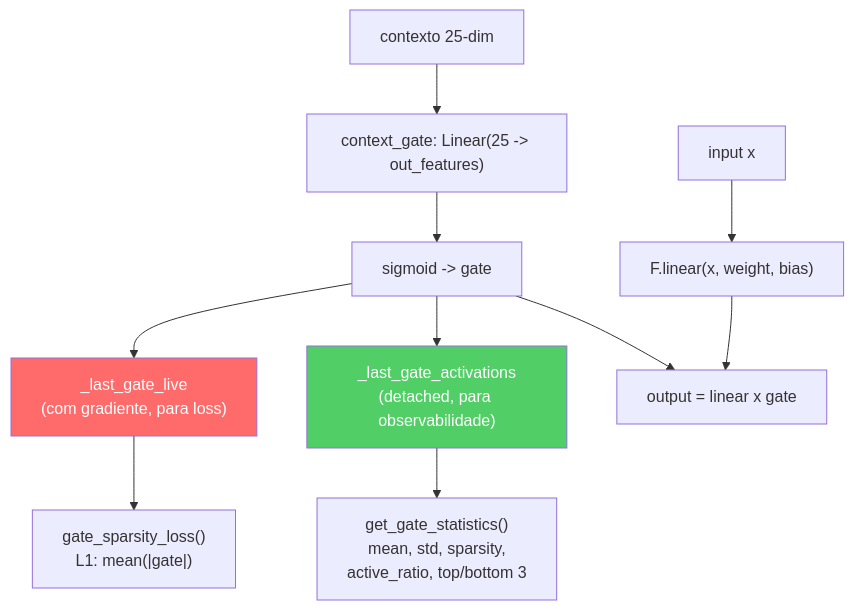
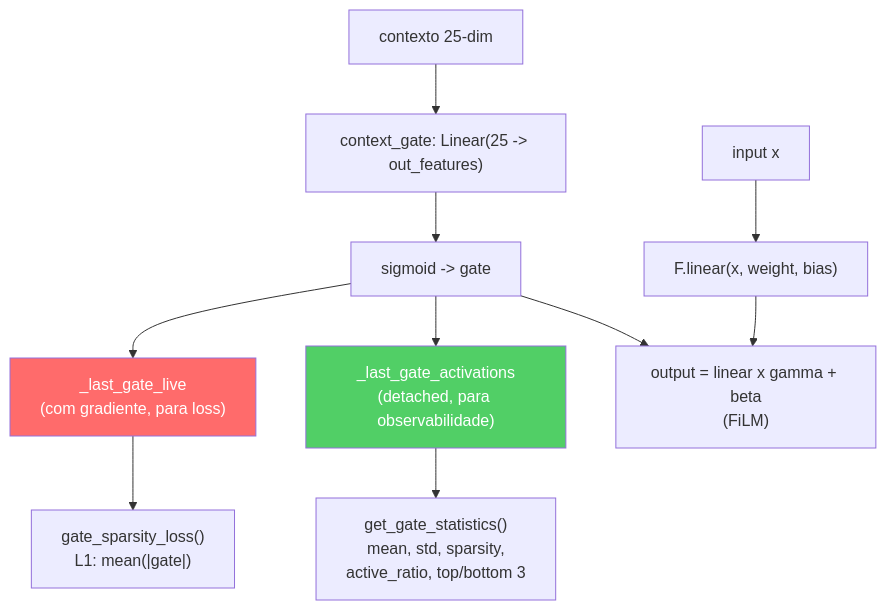
One commit to renanaugustomacena-ux/Counter-Strike-coach-AI changed diagram 13 of 22 in docs/books/Book-Coach-1A-pt.md. Above: the diagram before and after it, drawn with Mermaid. The commit also changed other lines of this file and 36 other files, not shown here.

````diff
--- a/docs/books/Book-Coach-1A-pt.md
+++ b/docs/books/Book-Coach-1A-pt.md
@@ -775,14 +778,14 @@
 ```mermaid
 flowchart TB
     CTX["contexto 25-dim"] --> CG["context_gate: Linear(25 -> out_features)"]
     CG --> SIG["sigmoid -> gate"]
     SIG --> LIVE["_last_gate_live<br/>(com gradiente, para loss)"]
     SIG --> DET["_last_gate_activations<br/>(detached, para observabilidade)"]
     LIVE --> SPARSITY["gate_sparsity_loss()<br/>L1: mean(|gate|)"]
     DET --> STATS["get_gate_statistics()<br/>mean, std, sparsity,<br/>active_ratio, top/bottom 3"]
     X["input x"] --> LIN["F.linear(x, weight, bias)"]
-    SIG --> MUL["output = linear x gate"]
+    SIG --> MUL["output = linear x gamma + beta<br/>(FiLM)"]
     LIN --> MUL
     style LIVE fill:#ff6b6b,color:#fff
     style DET fill:#51cf66,color:#fff
 ```
````
